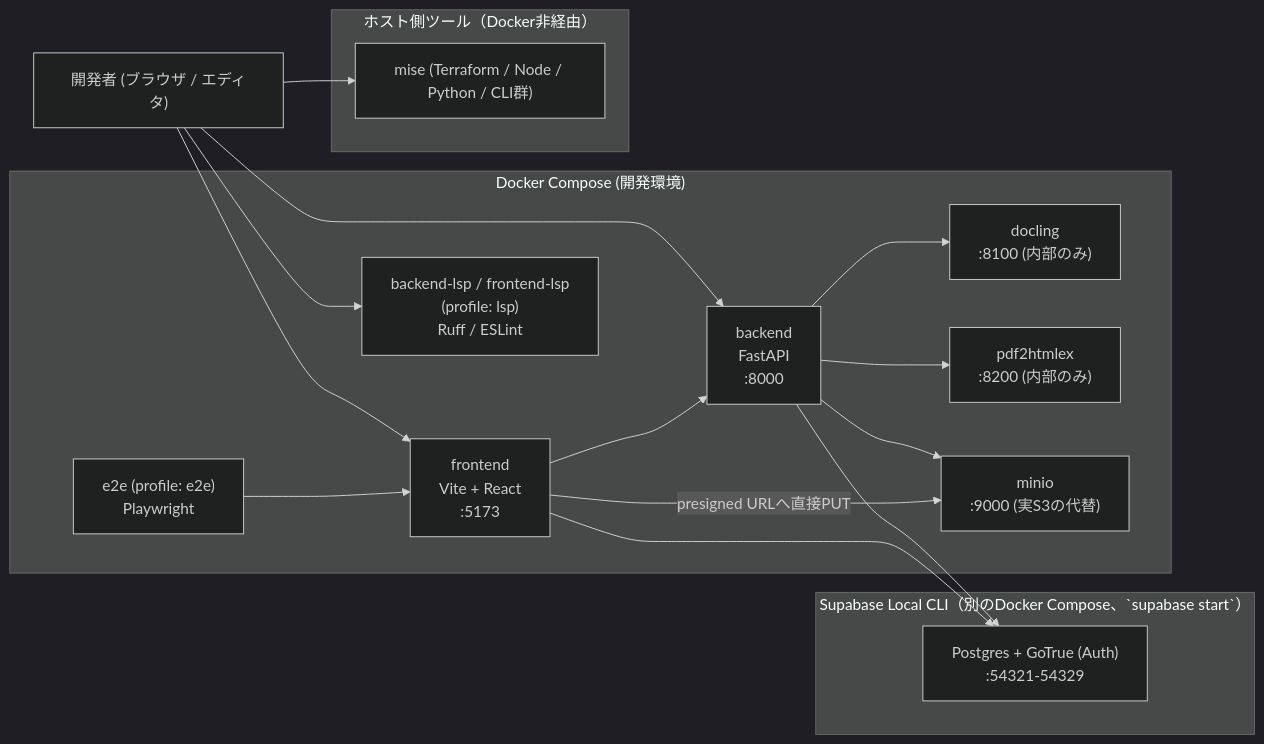
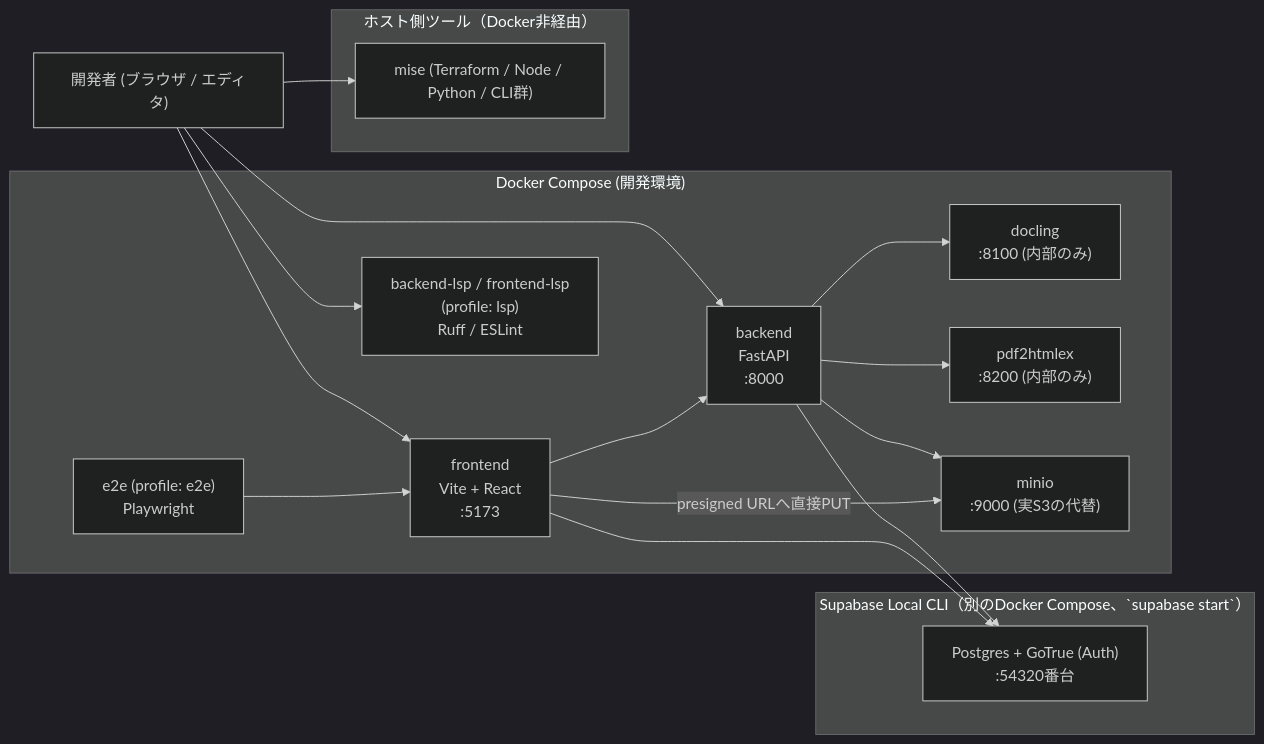
Before and after one commit to EisukeHishikawa/adapt-sheet: the second of 8 diagrams in docs/architecture.md, drawn with Mermaid (dark theme). The commit also changed 1 other file, not shown here.

Commit message:
docs: 見直しで見つかった不正確な記述を修正
spec.mdの入力エディタ説明で、プロンプト入力も含めて「独立したAPI
リクエストフィールドを持たない」としていたが、promptは実際には
POST /api/renderのリクエストフィールドとして送信されるため誤りだった。
CSS/JSON/HTMLタブのみに絞って正しく記述し直した。
architecture.mdのSupabaseポート表記（54321-54329）も実際の
supabase/config.tomlの範囲（54320番台、shadow_port含む）とずれていたため簡略化した。

````diff
--- a/docs/architecture.md
+++ b/docs/architecture.md
@@ -63,35 +63,35 @@
 ```mermaid
 flowchart LR
     Dev["開発者 (ブラウザ / エディタ)"]
 
     subgraph Compose["Docker Compose (開発環境)"]
         FE["frontend<br/>Vite + React<br/>:5173"]
         BE["backend<br/>FastAPI<br/>:8000"]
         DL["docling<br/>:8100 (内部のみ)"]
         PH["pdf2htmlex<br/>:8200 (内部のみ)"]
         MinIO["minio<br/>:9000 (実S3の代替)"]
         E2E["e2e (profile: e2e)<br/>Playwright"]
         LSP["backend-lsp / frontend-lsp<br/>(profile: lsp)<br/>Ruff / ESLint"]
     end
 
     subgraph SupaCompose["Supabase Local CLI（別のDocker Compose、`supabase start`）"]
-        SB["Postgres + GoTrue (Auth)<br/>:54321-54329"]
+        SB["Postgres + GoTrue (Auth)<br/>:54320番台"]
     end
 
     subgraph Host["ホスト側ツール（Docker非経由）"]
         Mise["mise (Terraform / Node / Python / CLI群)"]
     end
 
     Dev --> FE
     Dev --> BE
     Dev --> LSP
     FE --> BE
     BE --> DL
     BE --> PH
     BE --> MinIO
     FE -->|"presigned URLへ直接PUT"| MinIO
     BE --> SB
     FE --> SB
     E2E --> FE
     Dev --> Mise
 ```
````
